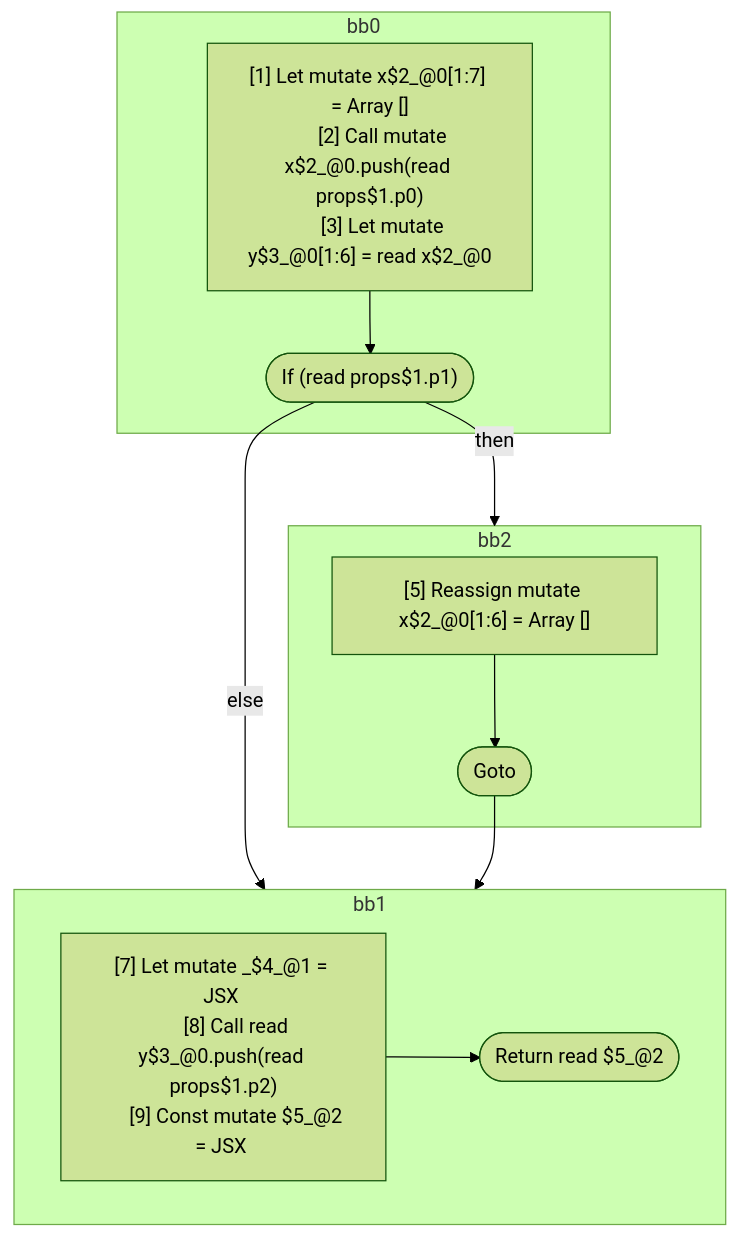
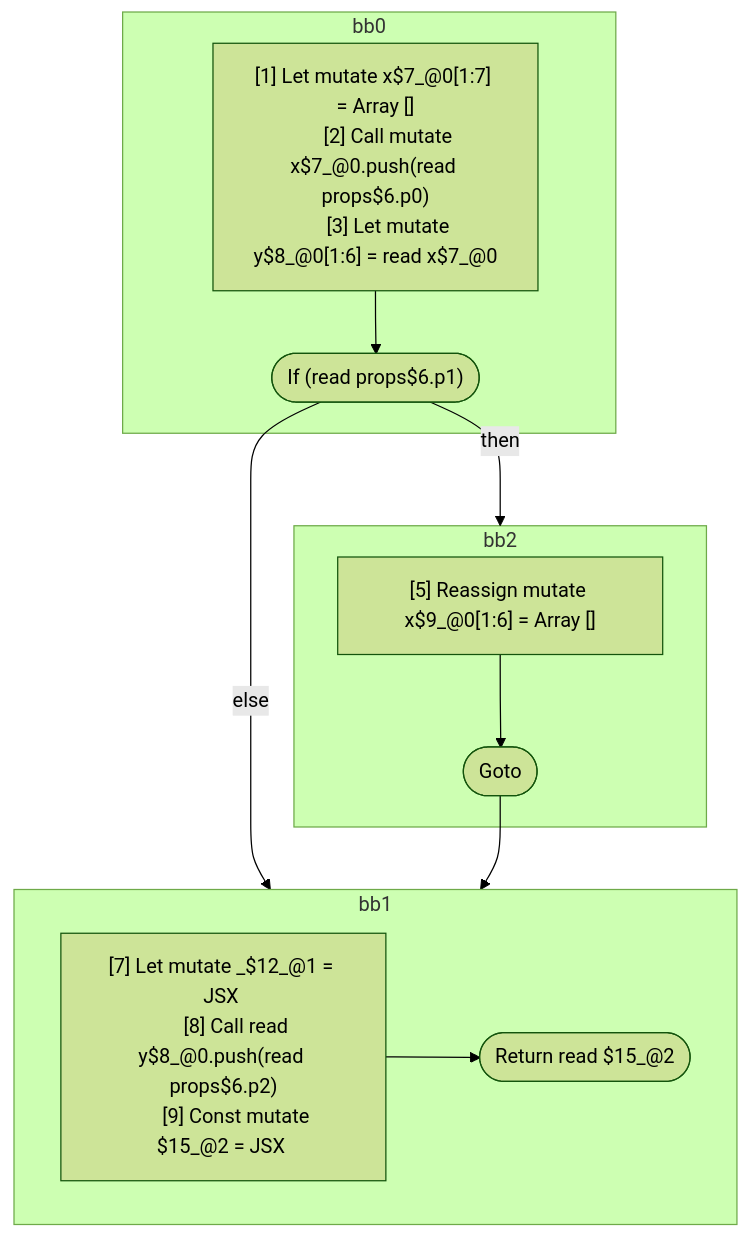
The diagram in compiler/forget/src/__tests__/fixtures/hir/reassignment-conditional.expect.md (wutsmog/private), drawn with Mermaid (forest theme) before and after one commit. The commit also changed other lines of this file and 59 other files, not shown here.

````diff
--- a/compiler/forget/src/__tests__/fixtures/hir/reassignment-conditional.expect.md
+++ b/compiler/forget/src/__tests__/fixtures/hir/reassignment-conditional.expect.md
@@ -44,32 +45,32 @@
 ```mermaid
 flowchart TB
   %% Basic Blocks
   subgraph bb0
     bb0_instrs["
-      [1] Let mutate x$2_@0[1:7] = Array []
-      [2] Call mutate x$2_@0.push(read props$1.p0)
-      [3] Let mutate y$3_@0[1:6] = read x$2_@0
+      [1] Let mutate x$7_@0[1:7] = Array []
+      [2] Call mutate x$7_@0.push(read props$6.p0)
+      [3] Let mutate y$8_@0[1:6] = read x$7_@0
     "]
-    bb0_instrs --> bb0_terminal(["If (read props$1.p1)"])
+    bb0_instrs --> bb0_terminal(["If (read props$6.p1)"])
   end
   subgraph bb2
     bb2_instrs["
-      [5] Reassign mutate x$2_@0[1:6] = Array []
+      [5] Reassign mutate x$9_@0[1:6] = Array []
     "]
     bb2_instrs --> bb2_terminal(["Goto"])
   end
   subgraph bb1
     bb1_instrs["
-      [7] Let mutate _$4_@1 = JSX <read Component$0 x={freeze x$2_@0} ></read Component$0>
-      [8] Call read y$3_@0.push(read props$1.p2)
-      [9] Const mutate $5_@2 = JSX <read Component$0 x={read x$2_@0} y={read y$3_@0} ></read Component$0>
+      [7] Let mutate _$12_@1 = JSX <read Component$0 x={freeze x$11_@0} ></read Component$0>
+      [8] Call read y$8_@0.push(read props$6.p2)
+      [9] Const mutate $15_@2 = JSX <read Component$0 x={read x$11_@0} y={read y$8_@0} ></read Component$0>
     "]
-    bb1_instrs --> bb1_terminal(["Return read $5_@2"])
+    bb1_instrs --> bb1_terminal(["Return read $15_@2"])
   end
 
   %% Jumps
   bb0_terminal -- "then" --> bb2
   bb0_terminal -- "else" --> bb1
   bb2_terminal --> bb1
 
 ```
````
